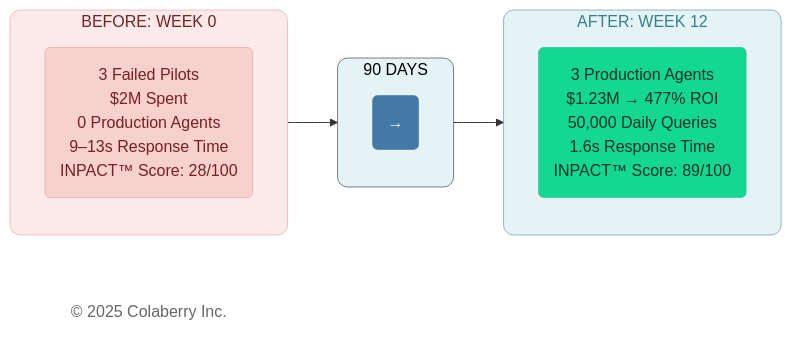
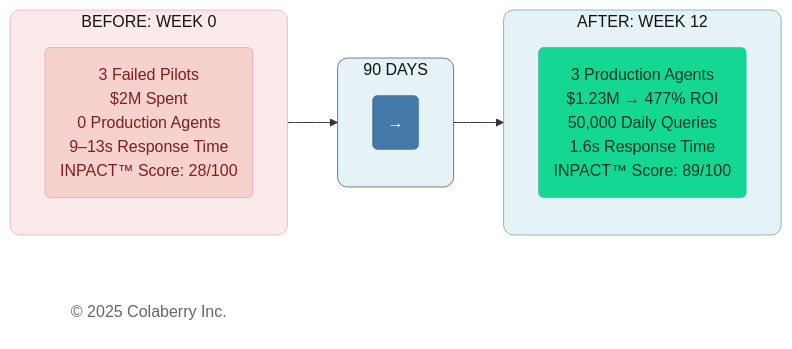
Before and after one commit to saitejesh-cyber/trust-before-intelligence-book: the first of 4 diagrams in manuscript/01_chapter_0_trust_before_intelligence.md, drawn with Mermaid. The commit also changed other lines of this file and 12 other files, not shown here.

````diff
--- a/manuscript/01_chapter_0_trust_before_intelligence.md
+++ b/manuscript/01_chapter_0_trust_before_intelligence.md
@@ -7,28 +7,28 @@
 ```mermaid
 
 graph LR
     subgraph BEFORE["BEFORE: WEEK 0"]
     direction TB
         B1("3 Failed Pilots<br>$2M Spent<br>0 Production Agents<br>9–13s Response Time<br>INPACT™ Score: 28/100")
   end
  subgraph TRANSFORM["90 DAYS"]
     direction TB
         T1("→")
   end
  subgraph AFTER["AFTER: WEEK 12"]
     direction TB
         A1("3 Production Agents<br>$1.23M → 477% ROI<br>50,000 Daily Queries<br>1.6s Response Time<br>INPACT™ Score: 89/100")
   end
     BEFORE --> TRANSFORM
     TRANSFORM --> AFTER
     Copyright["© 2025 Colaberry Inc."]
 
     style B1 fill:#F6D1CE,stroke:#EB898B,stroke-width:0.5px,color:#7A1F22
     style T1 fill:#4478A6,stroke:#32738C,stroke-width:0.5px,color:#ffffff
     style A1 fill:#14D793,stroke:#0FB67D,stroke-width:0.5px,color:#003322
-    style BEFORE fill:#FBEAEA,stroke:#EB898B,stroke-width:0.5px,color:#7A1F22,rx:10,ry:10
-    style TRANSFORM fill:#E6F3F6,stroke:#000000,stroke-width:0.5px,color:#000000,rx:10,ry:10
-    style AFTER fill:#E6F3F6,stroke:#32738C,stroke-width:0.5px,color:#30838C,rx:10,ry:10
+    style BEFORE fill:#FBEAEA,stroke:#EB898B,stroke-width:0.5px,color:#121212,rx:10,ry:10
+    style TRANSFORM fill:#E6F3F6,stroke:#000000,stroke-width:0.5px,color:#121212,rx:10,ry:10
+    style AFTER fill:#E6F3F6,stroke:#32738C,stroke-width:0.5px,color:#121212,rx:10,ry:10
     style Copyright fill:none,stroke:none,color:#666666
     
 ```
````
